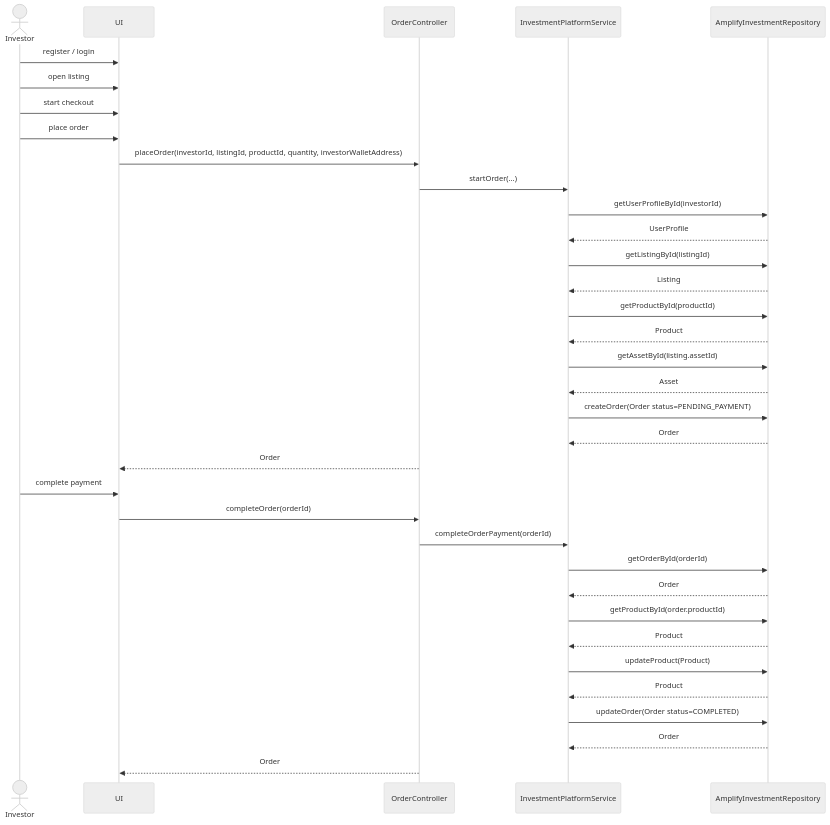
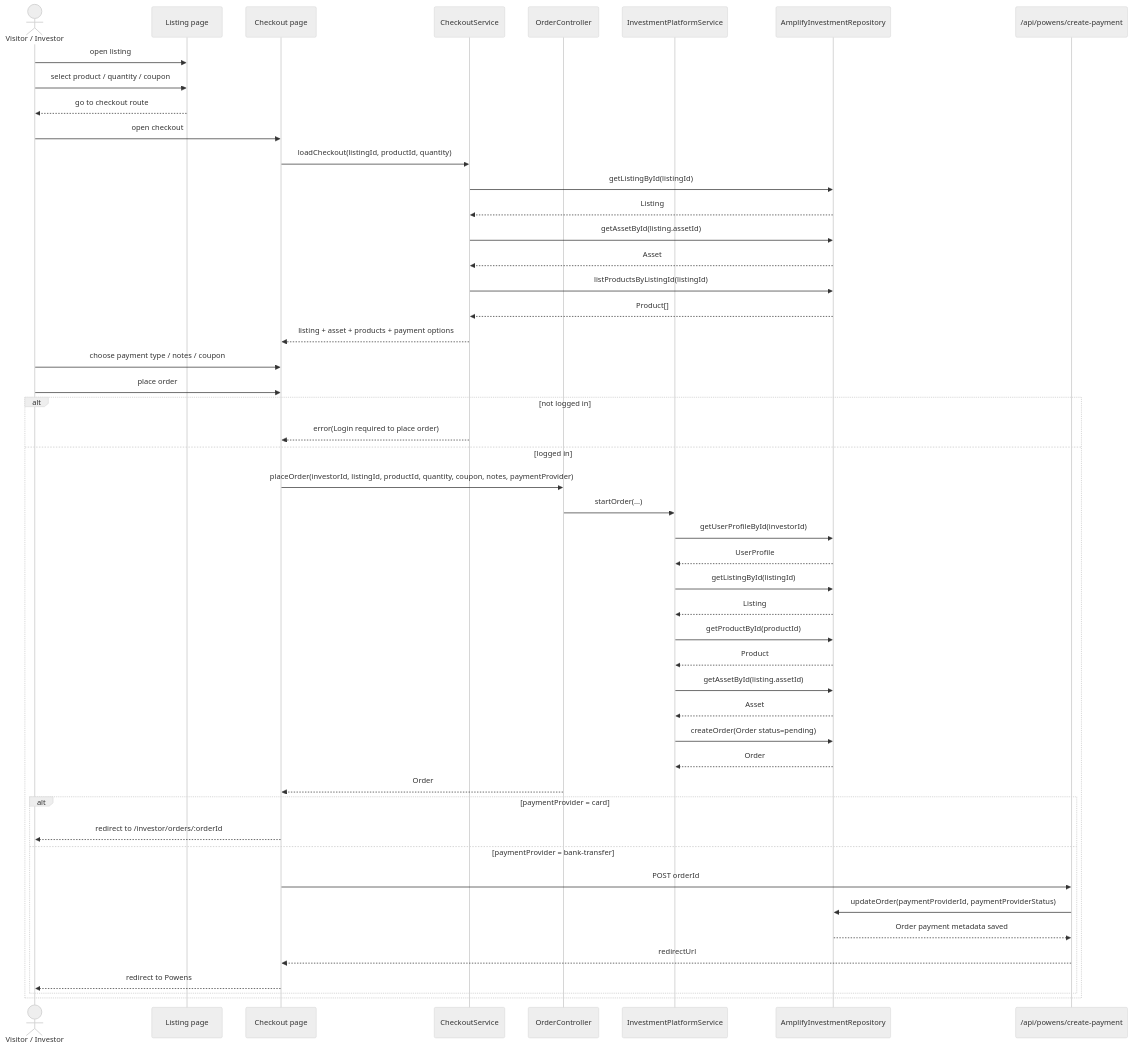
One commit to j4nos/cz changed the second of 4 diagrams in specs/5 - ui investment runtime flow.md. Above: the diagram before and after it, drawn with Mermaid (neutral theme). The commit also changed other lines of this file and 30 other files, not shown here.

Commit message:
feat: Implement product coupon pricing and harden chat request lifecycle

````diff
--- a/specs/5 - ui investment runtime flow.md
+++ b/specs/5 - ui investment runtime flow.md
@@ -46,39 +57,55 @@
 ```mermaid
 sequenceDiagram
-  actor Investor as Investor
-  participant UI as UI
+  actor Visitor as Visitor / Investor
+  participant ListingUI as Listing page
+  participant CheckoutUI as Checkout page
+  participant CheckoutService as CheckoutService
   participant OrderController as OrderController
   participant Service as InvestmentPlatformService
   participant Repo as AmplifyInvestmentRepository
+  participant PowensApi as /api/powens/create-payment
 
-  Investor->>UI: register / login
-  Investor->>UI: open listing
-  Investor->>UI: start checkout
-  Investor->>UI: place order
-  UI->>OrderController: placeOrder(investorId, listingId, productId, quantity, investorWalletAddress)
-  OrderController->>Service: startOrder(...)
-  Service->>Repo: getUserProfileById(investorId)
-  Repo-->>Service: UserProfile
-  Service->>Repo: getListingById(listingId)
-  Repo-->>Service: Listing
-  Service->>Repo: getProductById(productId)
-  Repo-->>Service: Product
-  Service->>Repo: getAssetById(listing.assetId)
-  Repo-->>Service: Asset
-  Service->>Repo: createOrder(Order status=PENDING_PAYMENT)
-  Repo-->>Service: Order
-  OrderController-->>UI: Order
+  Visitor->>ListingUI: open listing
+  Visitor->>ListingUI: select product / quantity / coupon
+  ListingUI-->>Visitor: go to checkout route
 
-  Investor->>UI: complete payment
-  UI->>OrderController: completeOrder(orderId)
-  OrderController->>Service: completeOrderPayment(orderId)
-  Service->>Repo: getOrderById(orderId)
-  Repo-->>Service: Order
-  Service->>Repo: getProductById(order.productId)
-  Repo-->>Service: Product
-  Service->>Repo: updateProduct(Product)
-  Repo-->>Service: Product
-  Service->>Repo: updateOrder(Order status=COMPLETED)
-  Repo-->>Service: Order
-  OrderController-->>UI: Order
+  Visitor->>CheckoutUI: open checkout
+  CheckoutUI->>CheckoutService: loadCheckout(listingId, productId, quantity)
+  CheckoutService->>Repo: getListingById(listingId)
+  Repo-->>CheckoutService: Listing
+  CheckoutService->>Repo: getAssetById(listing.assetId)
+  Repo-->>CheckoutService: Asset
+  CheckoutService->>Repo: listProductsByListingId(listingId)
+  Repo-->>CheckoutService: Product[]
+  CheckoutService-->>CheckoutUI: listing + asset + products + payment options
+
+  Visitor->>CheckoutUI: choose payment type / notes / coupon
+  Visitor->>CheckoutUI: place order
+  alt not logged in
+    CheckoutService-->>CheckoutUI: error(Login required to place order)
+  else logged in
+    CheckoutUI->>OrderController: placeOrder(investorId, listingId, productId, quantity, coupon, notes, paymentProvider)
+    OrderController->>Service: startOrder(...)
+    Service->>Repo: getUserProfileById(investorId)
+    Repo-->>Service: UserProfile
+    Service->>Repo: getListingById(listingId)
+    Repo-->>Service: Listing
+    Service->>Repo: getProductById(productId)
+    Repo-->>Service: Product
+    Service->>Repo: getAssetById(listing.assetId)
+    Repo-->>Service: Asset
+    Service->>Repo: createOrder(Order status=pending)
+    Repo-->>Service: Order
+    OrderController-->>CheckoutUI: Order
+
+    alt paymentProvider = card
+      CheckoutUI-->>Visitor: redirect to /investor/orders/:orderId
+    else paymentProvider = bank-transfer
+      CheckoutUI->>PowensApi: POST orderId
+      PowensApi->>Repo: updateOrder(paymentProviderId, paymentProviderStatus)
+      Repo-->>PowensApi: Order payment metadata saved
+      PowensApi-->>CheckoutUI: redirectUrl
+      CheckoutUI-->>Visitor: redirect to Powens
+    end
+  end
 ```
````
